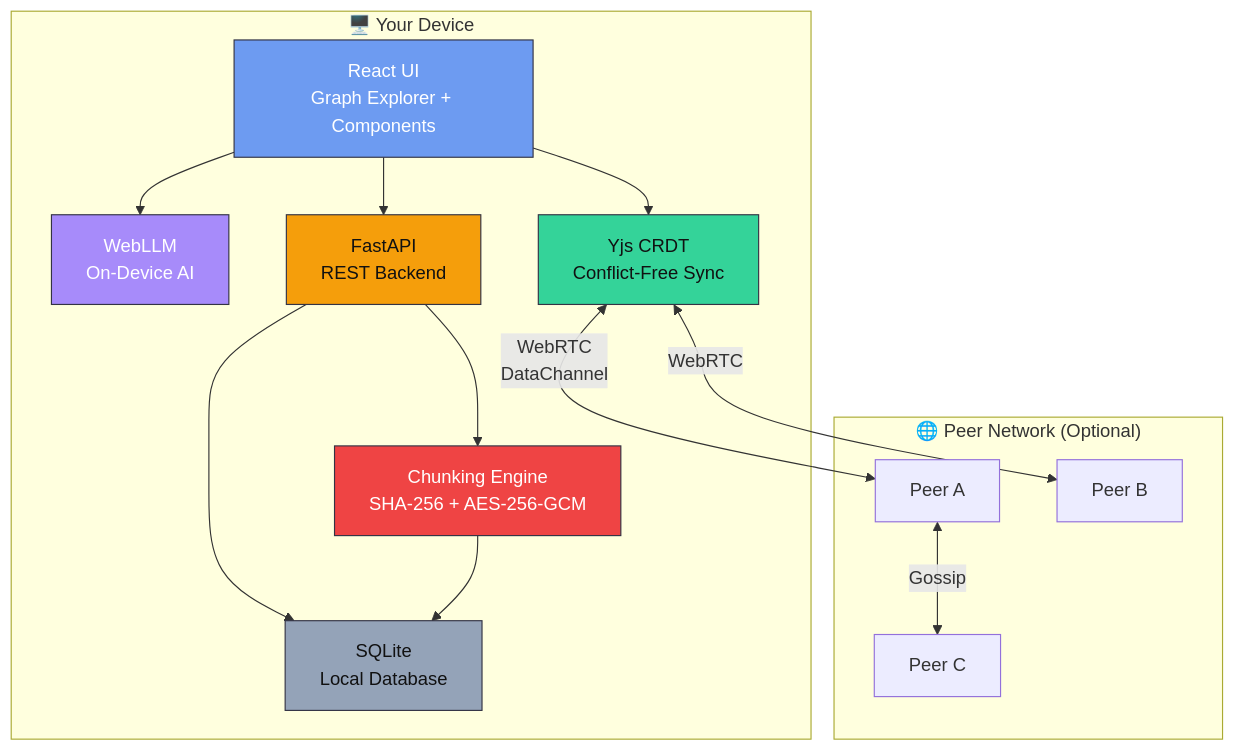
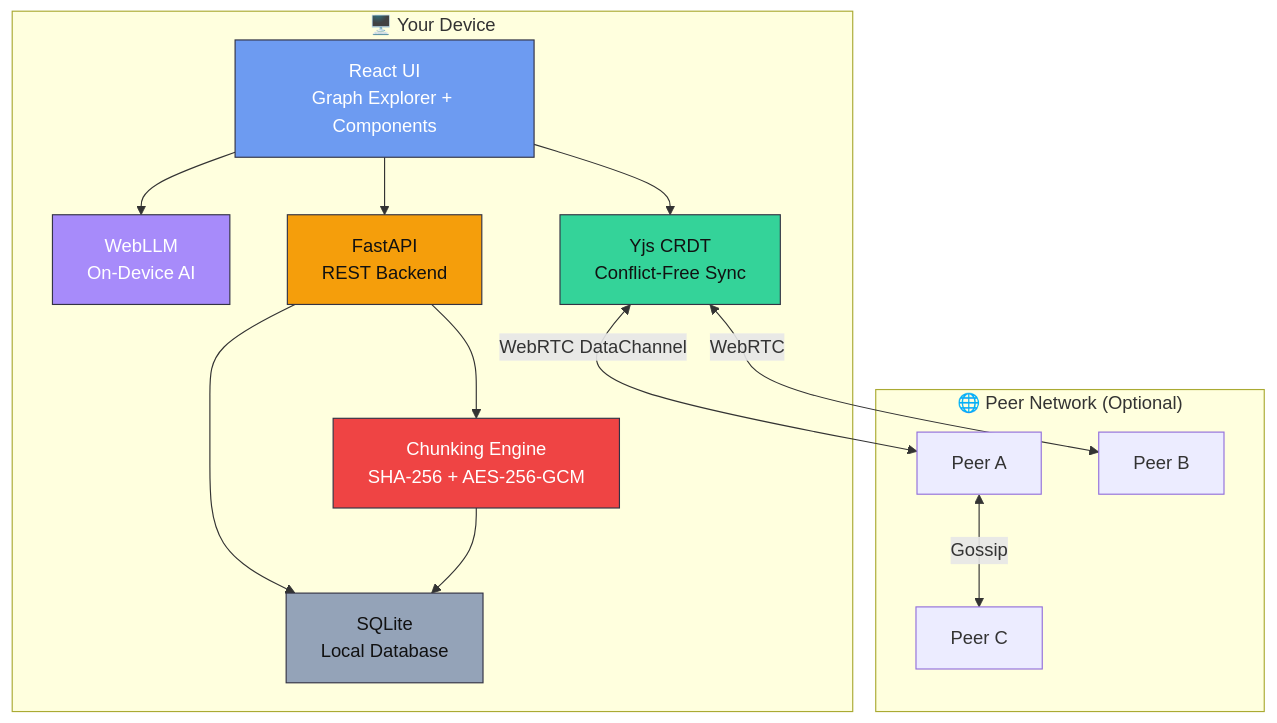
One commit to Zorvia/project-mycelium changed the first of 2 diagrams in README.md. Above: the diagram before and after it, drawn with Mermaid. The commit also changed other lines of this file, not shown here.

````diff
--- a/README.md
+++ b/README.md
@@ -101,34 +84,34 @@
 ```mermaid
 graph TB
     subgraph "🖥️ Your Device"
         UI["React UI<br/>Graph Explorer + Components"]
         AI["WebLLM<br/>On-Device AI"]
         CRDT["Yjs CRDT<br/>Conflict-Free Sync"]
         API["FastAPI<br/>REST Backend"]
         DB["SQLite<br/>Local Database"]
         CHUNK["Chunking Engine<br/>SHA-256 + AES-256-GCM"]
     end
 
     subgraph "🌐 Peer Network (Optional)"
         P1["Peer A"]
         P2["Peer B"]
         P3["Peer C"]
     end
 
     UI --> API
     UI --> AI
     UI --> CRDT
     API --> CHUNK
     API --> DB
     CHUNK --> DB
-    CRDT <-->|"WebRTC<br/>DataChannel"| P1
+    CRDT <-->|"WebRTC DataChannel"| P1
     CRDT <-->|"WebRTC"| P2
     P1 <-->|"Gossip"| P3
 
     style UI fill:#6D9BF1,stroke:#334,color:#fff
     style AI fill:#A78BFA,stroke:#334,color:#fff
     style CRDT fill:#34D399,stroke:#334,color:#111
     style API fill:#F59E0B,stroke:#334,color:#111
     style DB fill:#94A3B8,stroke:#334,color:#111
     style CHUNK fill:#EF4444,stroke:#334,color:#fff
 ```
````
